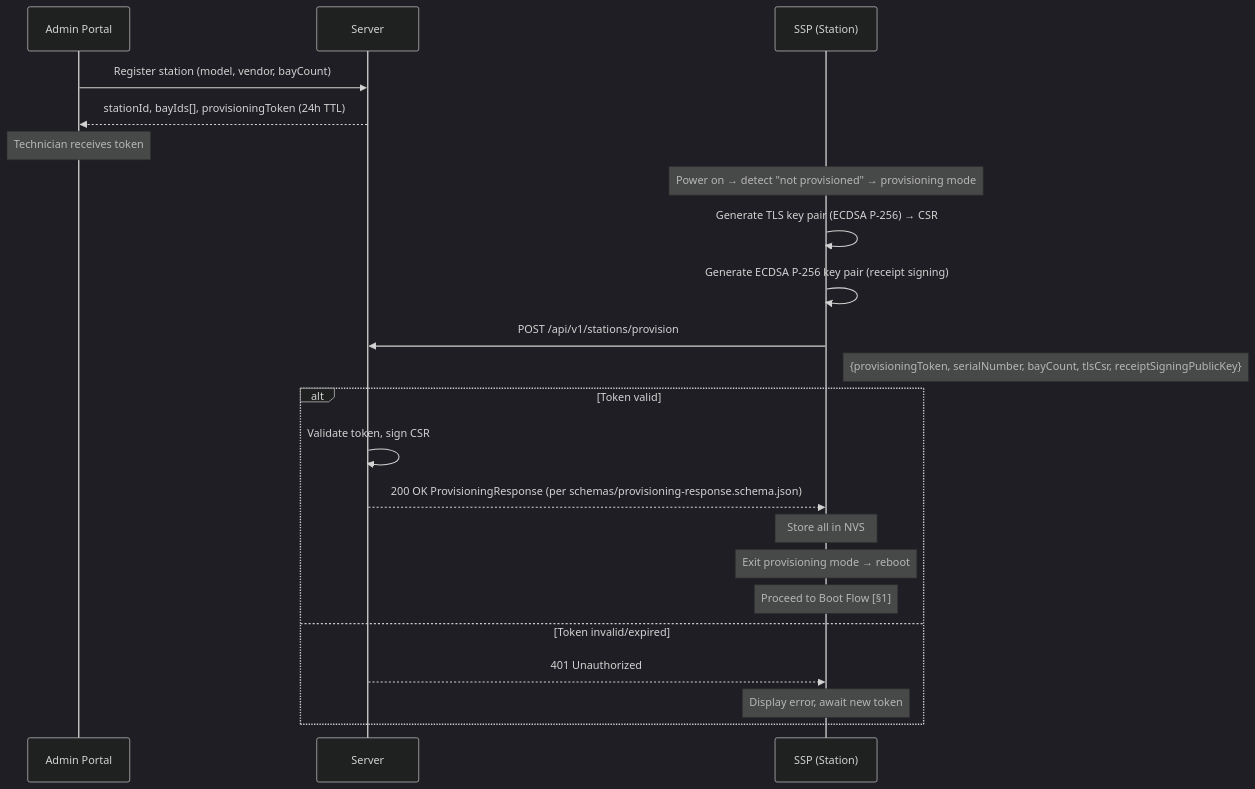
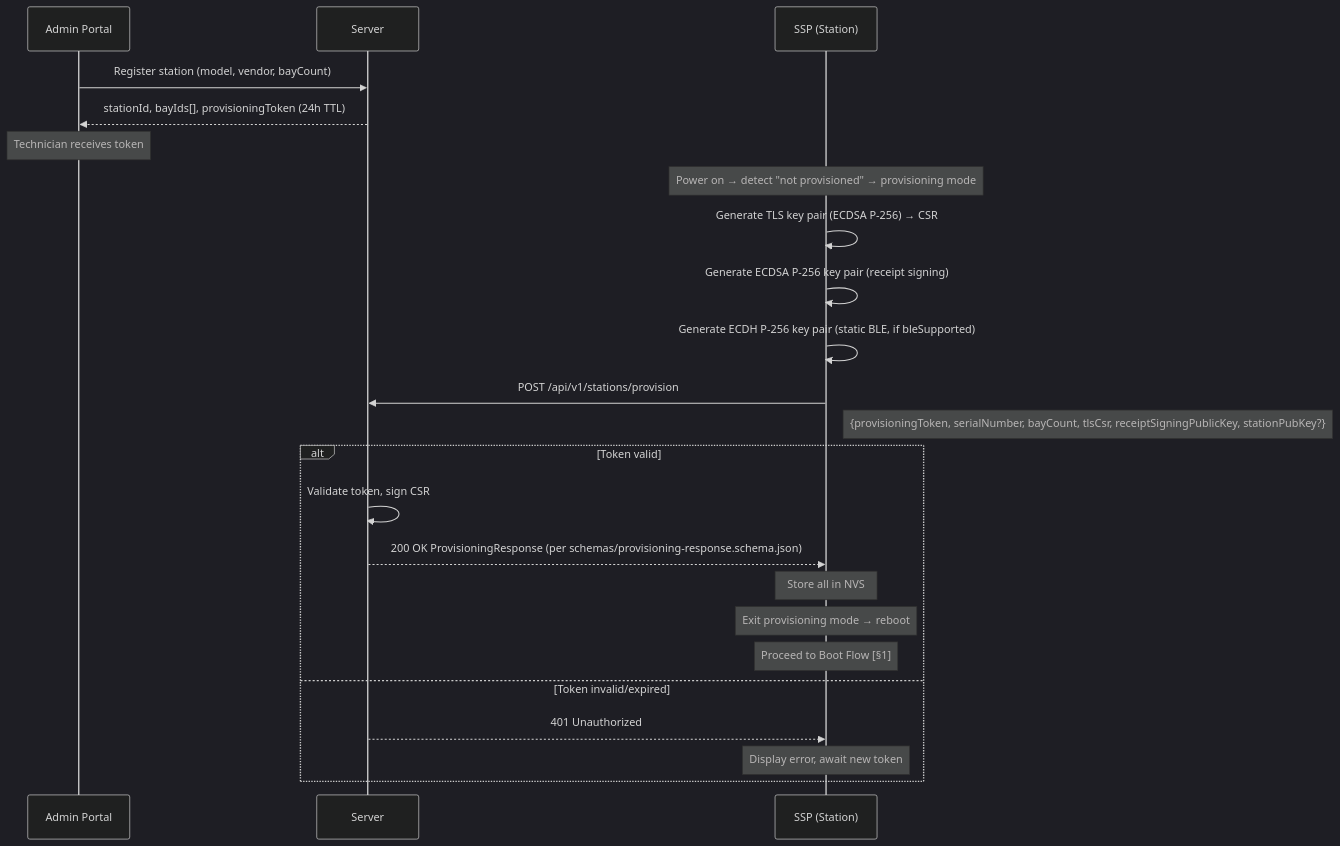
The second of 19 diagrams in spec/04-flows.md (ospp-org/spec), drawn with Mermaid (dark theme) before and after one commit. The commit also changed other lines of this file, not shown here.

Commit message:
spec(sweep): Flow 2 request body omitted the static BLE ECDH public key
06-security.md:1126 already states normatively that the station "generates
this ECDH key pair on-device at provisioning ... and submits the public key
in the provisioning request alongside its TLS CSR", and :1131 that the
server signs the StationIdentity certificate over that submitted key.

Flow 2 never mentioned it: not in the sequence diagram's key-generation
steps, not in the request-body note, not in Happy Path steps 5-7. The two
chapters disagreed about what the provisioning request contains.

S1 makes that key normatively load-bearing (drift in it is now a rejection),
so the listing has to be accurate. Marked optional (`stationPubKey?`,
"if bleSupported") since BLE is an optional capability.

Found while implementing S1; pre-existing, not introduced by it.

````diff
--- a/spec/04-flows.md
+++ b/spec/04-flows.md
@@ -198,29 +198,30 @@
 ```mermaid
 sequenceDiagram
     participant Admin as Admin Portal
     participant Server
     participant SSP as SSP (Station)
 
     Admin->>Server: Register station (model, vendor, bayCount)
     Server-->>Admin: stationId, bayIds[], provisioningToken (24h TTL)
     Note over Admin: Technician receives token
 
     Note over SSP: Power on → detect "not provisioned" → provisioning mode
 
     SSP->>SSP: Generate TLS key pair (ECDSA P-256) → CSR
     SSP->>SSP: Generate ECDSA P-256 key pair (receipt signing)
+    SSP->>SSP: Generate ECDH P-256 key pair (static BLE, if bleSupported)
 
     SSP->>Server: POST /api/v1/stations/provision
-    Note right of SSP: {provisioningToken, serialNumber, bayCount, tlsCsr, receiptSigningPublicKey}
+    Note right of SSP: {provisioningToken, serialNumber, bayCount, tlsCsr, receiptSigningPublicKey, stationPubKey?}
 
     alt Token valid
         Server->>Server: Validate token, sign CSR
         Server-->>SSP: 200 OK ProvisioningResponse (per schemas/provisioning-response.schema.json)
         Note over SSP: Store all in NVS
         Note over SSP: Exit provisioning mode → reboot
         Note over SSP: Proceed to Boot Flow [§1]
     else Token invalid/expired
         Server-->>SSP: 401 Unauthorized
         Note over SSP: Display error, await new token
     end
 ```
````
